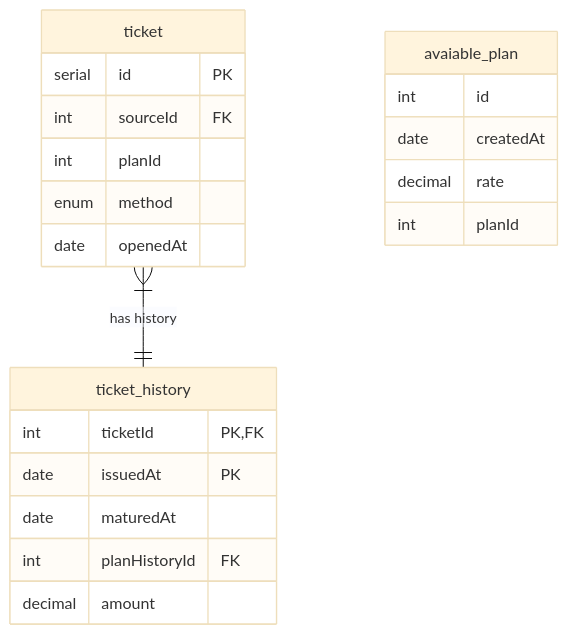
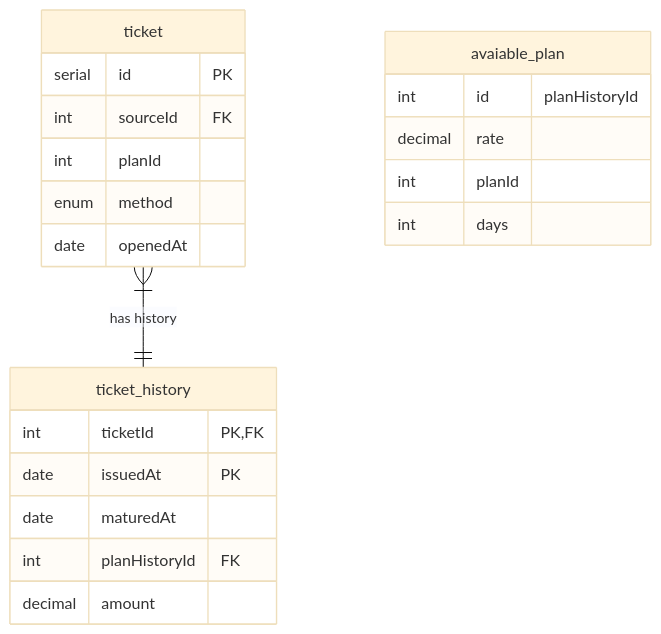
One commit to coinhub-uit/coinhub-uit.github.io changed the first of 4 diagrams in docs/diagrams/database/ticket-creation.md. Above: the diagram before and after it, drawn with Mermaid (base theme). The commit also changed 2 other files, not shown here.

Commit message:
feat(db): no isActive in plan, mv add days

````diff
--- a/docs/diagrams/database/ticket-creation.md
+++ b/docs/diagrams/database/ticket-creation.md
@@ -11,27 +11,27 @@
 ```mermaid
 erDiagram
   ticket {
     serial id PK
     int sourceId FK
     int planId
     enum method
     date openedAt
   }
 
   ticket_history {
     int ticketId PK,FK
     date issuedAt PK
     date maturedAt
     int planHistoryId FK
     decimal amount
   }
 
   avaiable_plan {
-    int id
-    date createdAt
+    int id "planHistoryId"
     decimal rate
     int planId
+    int days
   }
 
   ticket }|--|| ticket_history : "has history"
 ```
````
